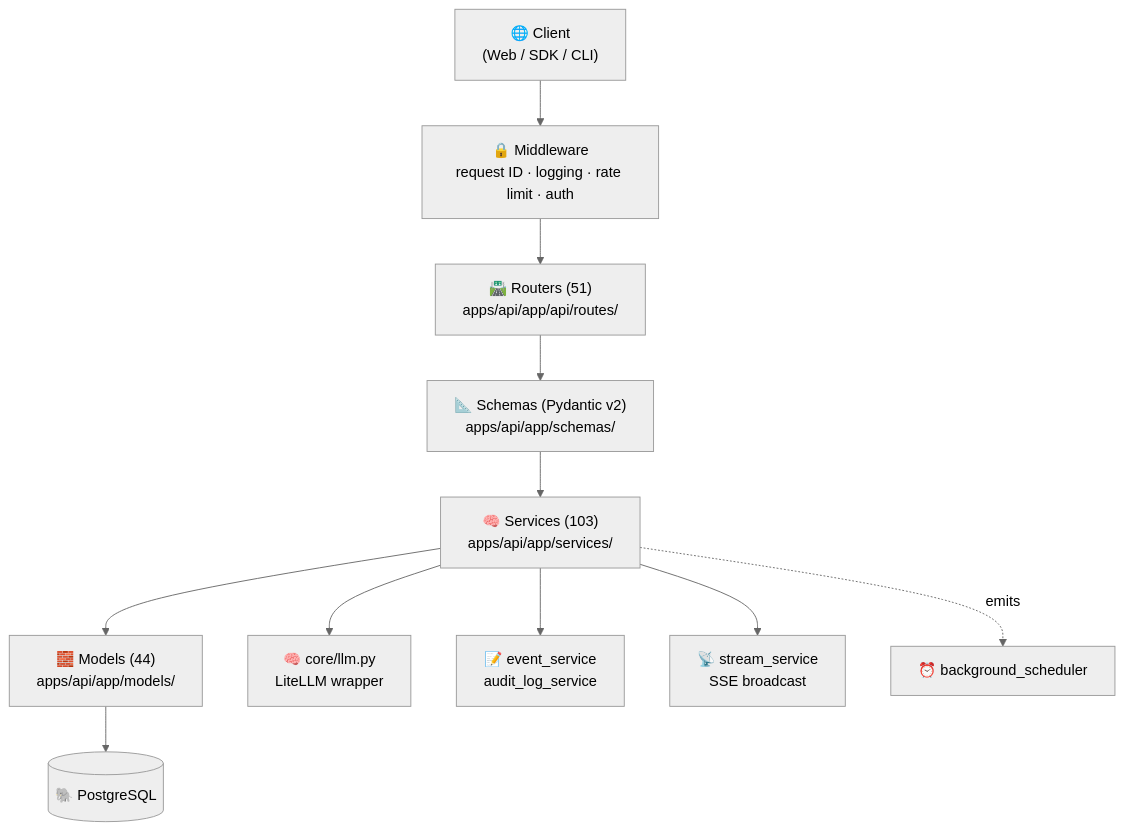
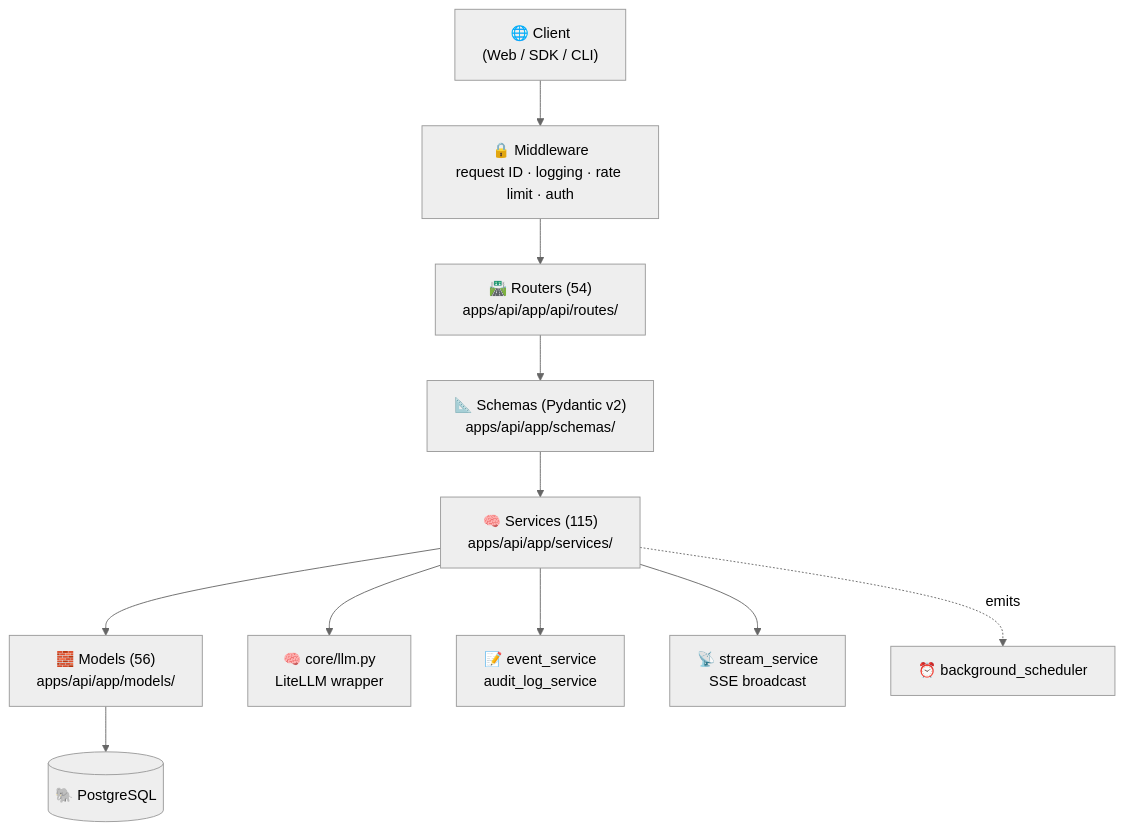
Before and after one commit to priyankmistry21699-web/Forgemind: the second of 4 diagrams in README.md, drawn with Mermaid (neutral theme). The commit also changed other lines of this file and 128 other files, not shown here.

````diff
--- a/README.md
+++ b/README.md
@@ -200,13 +203,13 @@
 ```mermaid
 flowchart TD
     Client["🌐 Client<br/>(Web / SDK / CLI)"] --> MW["🔒 Middleware<br/>request ID · logging · rate limit · auth"]
-    MW --> Router["🛣️ Routers (51)<br/>apps/api/app/api/routes/"]
+    MW --> Router["🛣️ Routers (54)<br/>apps/api/app/api/routes/"]
     Router --> Schema["📐 Schemas (Pydantic v2)<br/>apps/api/app/schemas/"]
-    Schema --> Service["🧠 Services (103)<br/>apps/api/app/services/"]
-    Service --> Model["🧱 Models (44)<br/>apps/api/app/models/"]
+    Schema --> Service["🧠 Services (115)<br/>apps/api/app/services/"]
+    Service --> Model["🧱 Models (56)<br/>apps/api/app/models/"]
     Service --> LLM["🧠 core/llm.py<br/>LiteLLM wrapper"]
     Service --> Event["📝 event_service<br/>audit_log_service"]
     Service --> Stream["📡 stream_service<br/>SSE broadcast"]
     Model --> DB[("🐘 PostgreSQL")]
     Service -.emits.-> SCH["⏰ background_scheduler"]
 ```
````
